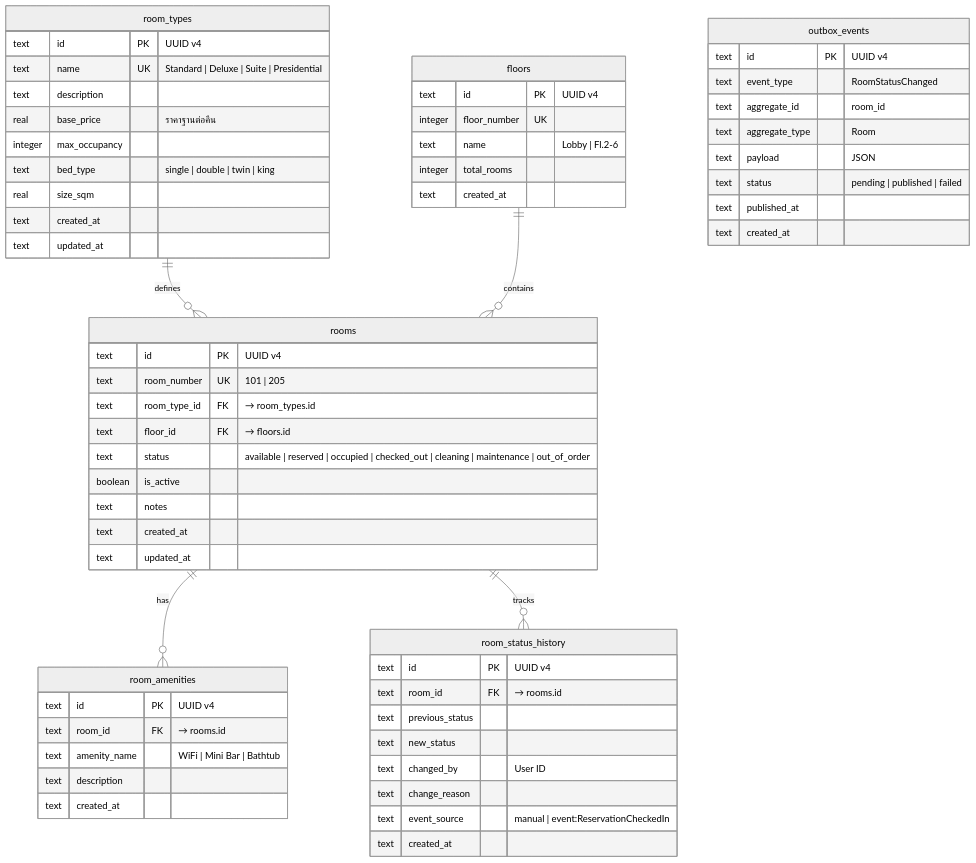
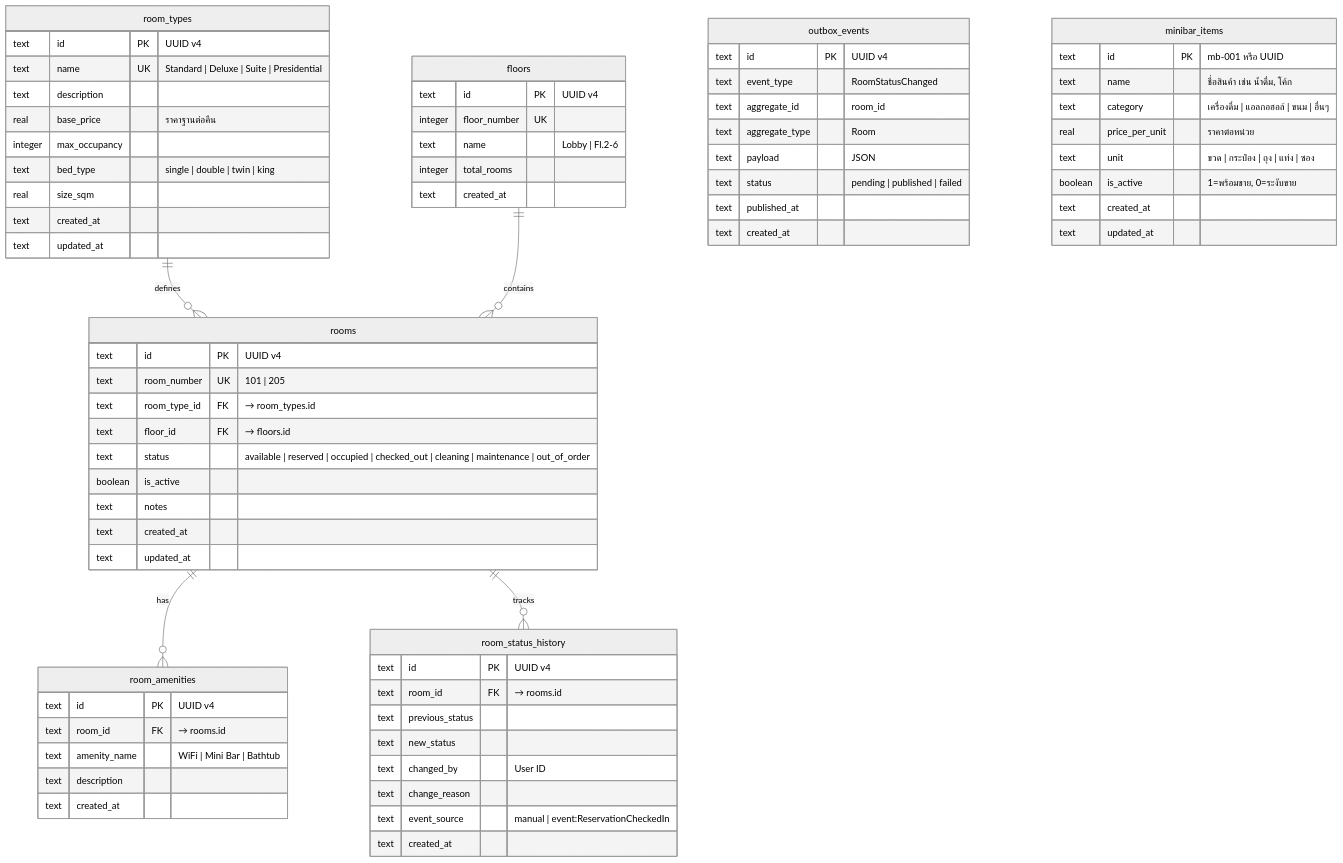
Diagram 17 of 22 in docs/Hotel_Management_System_updated.md (csi204/keystay), drawn with Mermaid (neutral theme) before and after one commit. The commit also changed other lines of this file and 25 other files, not shown here.

````diff
--- a/docs/Hotel_Management_System_updated.md
+++ b/docs/Hotel_Management_System_updated.md
@@ -1396,63 +1396,73 @@
 ```mermaid
 erDiagram
     room_types {
         text id PK "UUID v4"
         text name UK "Standard | Deluxe | Suite | Presidential"
         text description
         real base_price "ราคาฐานต่อคืน"
         integer max_occupancy
         text bed_type "single | double | twin | king"
         real size_sqm
         text created_at
         text updated_at
     }
     floors {
         text id PK "UUID v4"
         integer floor_number UK
         text name "Lobby | Fl.2-6"
         integer total_rooms
         text created_at
     }
     rooms {
         text id PK "UUID v4"
         text room_number UK "101 | 205"
         text room_type_id FK "→ room_types.id"
         text floor_id FK "→ floors.id"
         text status "available | reserved | occupied | checked_out | cleaning | maintenance | out_of_order"
         boolean is_active
         text notes
         text created_at
         text updated_at
     }
     room_amenities {
         text id PK "UUID v4"
         text room_id FK "→ rooms.id"
         text amenity_name "WiFi | Mini Bar | Bathtub"
         text description
         text created_at
     }
     room_status_history {
         text id PK "UUID v4"
         text room_id FK "→ rooms.id"
         text previous_status
         text new_status
         text changed_by "User ID"
         text change_reason
         text event_source "manual | event:ReservationCheckedIn"
         text created_at
     }
     outbox_events {
         text id PK "UUID v4"
         text event_type "RoomStatusChanged"
         text aggregate_id "room_id"
         text aggregate_type "Room"
         text payload "JSON"
         text status "pending | published | failed"
         text published_at
         text created_at
     }
+    minibar_items {
+        text id PK "mb-001 หรือ UUID"
+        text name "ชื่อสินค้า เช่น น้ำดื่ม, โค้ก"
+        text category "เครื่องดื่ม | แอลกอฮอล์ | ขนม | อื่นๆ"
+        real price_per_unit "ราคาต่อหน่วย"
+        text unit "ขวด | กระป๋อง | ถุง | แท่ง | ซอง"
+        boolean is_active "1=พร้อมขาย, 0=ระงับขาย"
+        text created_at
+        text updated_at
+    }
     room_types ||--o{ rooms : "defines"
     floors ||--o{ rooms : "contains"
     rooms ||--o{ room_amenities : "has"
     rooms ||--o{ room_status_history : "tracks"
 ```
````
